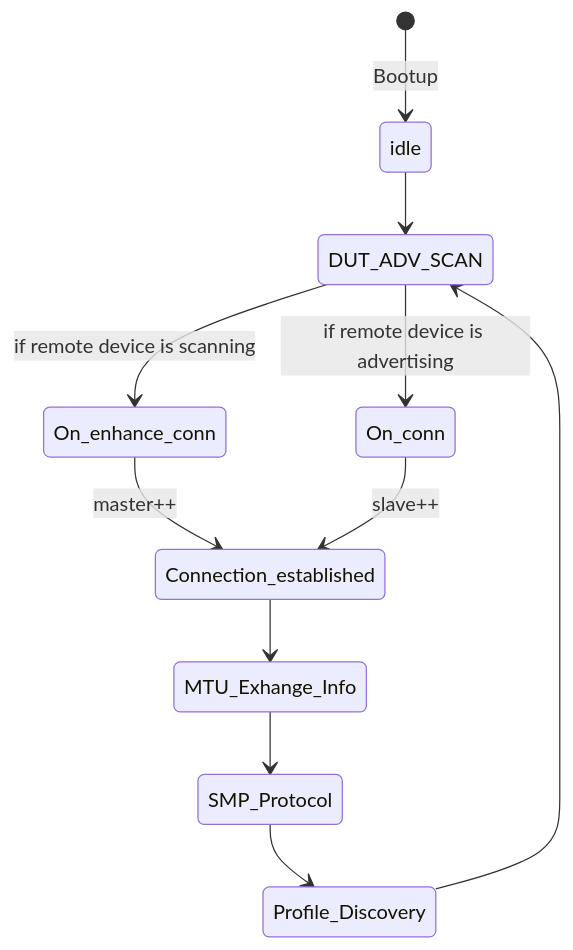
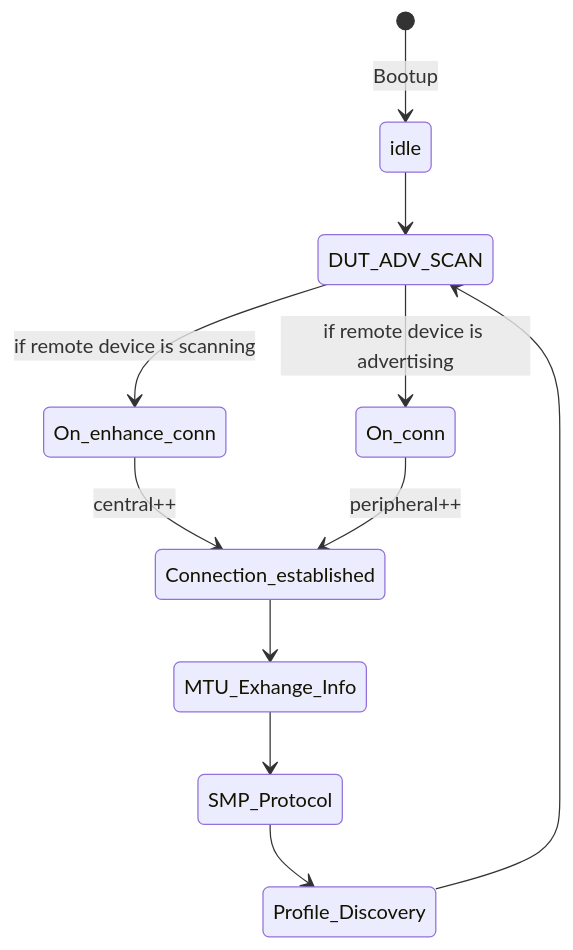
One commit to SiliconLabs/wiseconnect-wifi-bt-sdk changed the fourth of 8 diagrams in examples/snippets/wlan_ble/wlan_ble_ae_coex_app/ble/ble_lld.md. Above: the diagram before and after it, drawn with Mermaid. The commit also changed other lines of this file and 22 other files, not shown here.

````diff
--- a/examples/snippets/wlan_ble/wlan_ble_ae_coex_app/ble/ble_lld.md
+++ b/examples/snippets/wlan_ble/wlan_ble_ae_coex_app/ble/ble_lld.md
@@ -72,23 +72,23 @@
 ```mermaid
 stateDiagram-v2
 	idle
 	DUT_ADV_SCAN
 	On_enhance_conn
 	On_conn
 	Connection_established 
 	MTU_Exhange_Info
 	SMP_Protocol
 	Profile_Discovery
 	[*] --> idle : Bootup
 	idle --> DUT_ADV_SCAN
 	DUT_ADV_SCAN --> On_enhance_conn : if remote device is scanning
 	DUT_ADV_SCAN --> On_conn : if remote device is advertising
-	On_enhance_conn --> Connection_established :  master++
-	On_conn --> Connection_established :  slave++
+	On_enhance_conn --> Connection_established :  central++
+	On_conn --> Connection_established :  peripheral++
 	Connection_established --> MTU_Exhange_Info
 	MTU_Exhange_Info --> SMP_Protocol
 	SMP_Protocol --> Profile_Discovery
 	Profile_Discovery --> DUT_ADV_SCAN
 
 
 ```
````
